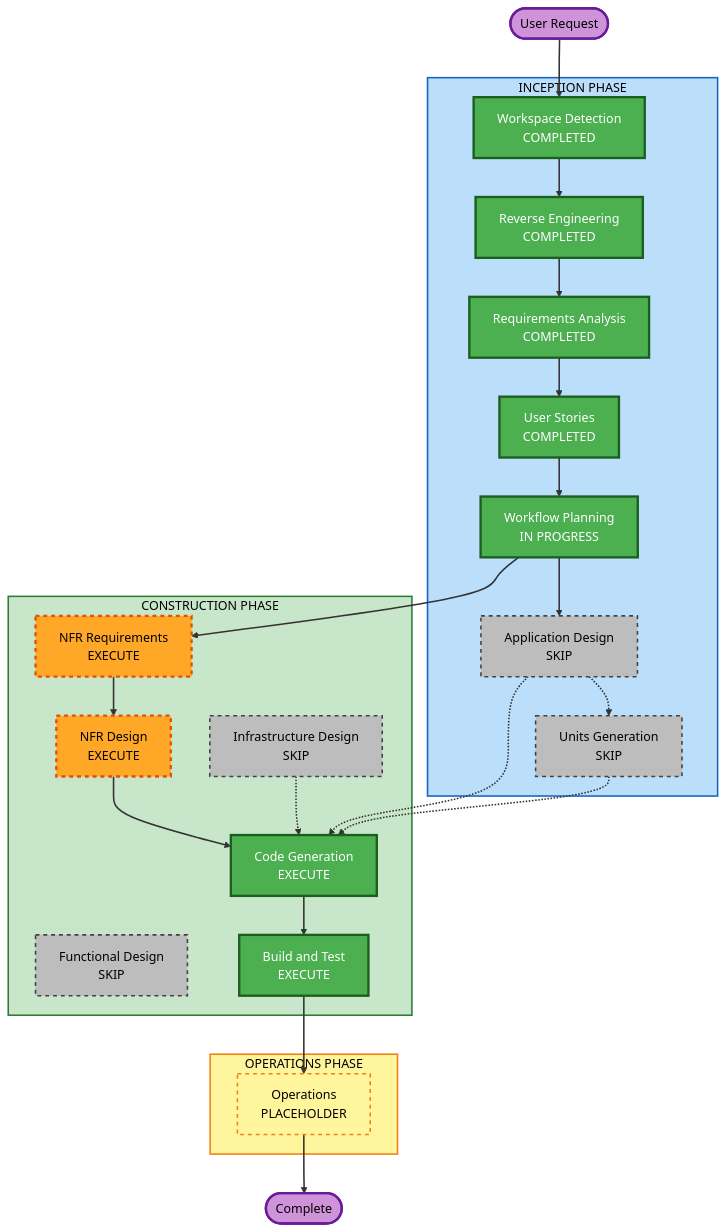
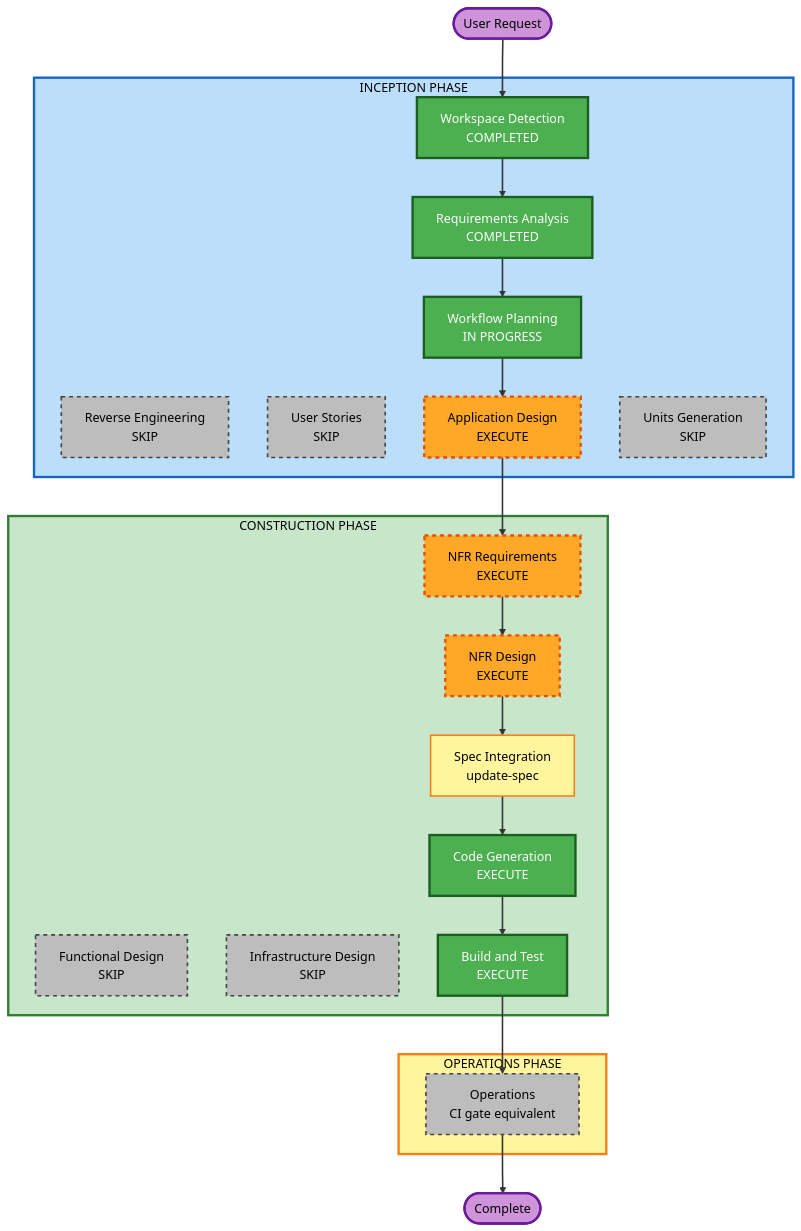
One commit to CHS-Training-Org/ai_training_for_chuo_system changed the diagram in Docs/spec/aidlc-docs/inception/plans/execution-plan.md. Above: the diagram before and after it, drawn with Mermaid. The commit also changed other lines of this file and 16 other files, not shown here.

First line of the commit message:
docs(aidlc): csv-export ユニットの Inception〜NFR Design 成果物を追加

````diff
--- a/Docs/spec/aidlc-docs/inception/plans/execution-plan.md
+++ b/Docs/spec/aidlc-docs/inception/plans/execution-plan.md
@@ -44,57 +49,63 @@
 ```mermaid
 flowchart TD
     Start(["User Request"])
 
     subgraph INCEPTION["INCEPTION PHASE"]
         WD["Workspace Detection<br/>COMPLETED"]
-        RE["Reverse Engineering<br/>COMPLETED"]
+        RE["Reverse Engineering<br/>SKIP"]
         RA["Requirements Analysis<br/>COMPLETED"]
-        US["User Stories<br/>COMPLETED"]
+        US["User Stories<br/>SKIP"]
         WP["Workflow Planning<br/>IN PROGRESS"]
-        AD["Application Design<br/>SKIP"]
+        AD["Application Design<br/>EXECUTE"]
         UG["Units Generation<br/>SKIP"]
     end
 
     subgraph CONSTRUCTION["CONSTRUCTION PHASE"]
         FD["Functional Design<br/>SKIP"]
         NFRA["NFR Requirements<br/>EXECUTE"]
         NFRD["NFR Design<br/>EXECUTE"]
         ID["Infrastructure Design<br/>SKIP"]
+        SPEC["Spec Integration<br/>update-spec"]
         CG["Code Generation<br/>EXECUTE"]
         BT["Build and Test<br/>EXECUTE"]
     end
 
     subgraph OPERATIONS["OPERATIONS PHASE"]
-        OPS["Operations<br/>PLACEHOLDER"]
+        OPS["Operations<br/>CI gate equivalent"]
     end
 
-    Start --> WD --> RE --> RA --> US --> WP
-    WP --> AD -.-> UG
-    WP --> NFRA --> NFRD --> CG
-    UG -.-> CG
-    AD -.-> CG
-    ID -.-> CG
-    CG --> BT --> OPS --> End(["Complete"])
+    Start --> WD
+    WD --> RA
+    RA --> WP
+    WP --> AD
+    AD --> NFRA
+    NFRA --> NFRD
+    NFRD --> SPEC
+    SPEC --> CG
+    CG --> BT
+    BT --> OPS
+    OPS --> End(["Complete"])
 
     style WD fill:#4CAF50,stroke:#1B5E20,stroke-width:3px,color:#fff
-    style RE fill:#4CAF50,stroke:#1B5E20,stroke-width:3px,color:#fff
     style RA fill:#4CAF50,stroke:#1B5E20,stroke-width:3px,color:#fff
-    style US fill:#4CAF50,stroke:#1B5E20,stroke-width:3px,color:#fff
     style WP fill:#4CAF50,stroke:#1B5E20,stroke-width:3px,color:#fff
-    style AD fill:#BDBDBD,stroke:#424242,stroke-width:2px,stroke-dasharray: 5 5,color:#000
+    style CG fill:#4CAF50,stroke:#1B5E20,stroke-width:3px,color:#fff
+    style BT fill:#4CAF50,stroke:#1B5E20,stroke-width:3px,color:#fff
+    style AD fill:#FFA726,stroke:#E65100,stroke-width:3px,stroke-dasharray: 5 5,color:#000
+    style NFRA fill:#FFA726,stroke:#E65100,stroke-width:3px,stroke-dasharray: 5 5,color:#000
+    style NFRD fill:#FFA726,stroke:#E65100,stroke-width:3px,stroke-dasharray: 5 5,color:#000
+    style RE fill:#BDBDBD,stroke:#424242,stroke-width:2px,stroke-dasharray: 5 5,color:#000
+    style US fill:#BDBDBD,stroke:#424242,stroke-width:2px,stroke-dasharray: 5 5,color:#000
     style UG fill:#BDBDBD,stroke:#424242,stroke-width:2px,stroke-dasharray: 5 5,color:#000
     style FD fill:#BDBDBD,stroke:#424242,stroke-width:2px,stroke-dasharray: 5 5,color:#000
-    style NFRA fill:#FFA726,stroke:#E65100,stroke-width:3px,stroke-dasharray: 5 5,color:#000
-    style NFRD fill:#FFA726,stroke:#E65100,stroke-width:3px,stroke-dasharray: 5 5,color:#000
     style ID fill:#BDBDBD,stroke:#424242,stroke-width:2px,stroke-dasharray: 5 5,color:#000
-    style CG fill:#4CAF50,stroke:#1B5E20,stroke-width:3px,color:#fff
-    style BT fill:#4CAF50,stroke:#1B5E20,stroke-width:3px,color:#fff
-    style OPS fill:#FFF59D,stroke:#F57F17,stroke-width:2px,stroke-dasharray: 5 5,color:#000
+    style SPEC fill:#FFF59D,stroke:#F57F17,stroke-width:2px,color:#000
+    style OPS fill:#BDBDBD,stroke:#424242,stroke-width:2px,stroke-dasharray: 5 5,color:#000
     style Start fill:#CE93D8,stroke:#6A1B9A,stroke-width:3px,color:#000
     style End fill:#CE93D8,stroke:#6A1B9A,stroke-width:3px,color:#000
-    style INCEPTION fill:#BBDEFB,stroke:#1565C0,stroke-width:2px,color:#000
-    style CONSTRUCTION fill:#C8E6C9,stroke:#2E7D32,stroke-width:2px,color:#000
-    style OPERATIONS fill:#FFF59D,stroke:#F57F17,stroke-width:2px,color:#000
+    style INCEPTION fill:#BBDEFB,stroke:#1565C0,stroke-width:3px,color:#000
+    style CONSTRUCTION fill:#C8E6C9,stroke:#2E7D32,stroke-width:3px,color:#000
+    style OPERATIONS fill:#FFF59D,stroke:#F57F17,stroke-width:3px,color:#000
 
     linkStyle default stroke:#333,stroke-width:2px
 ```
````
